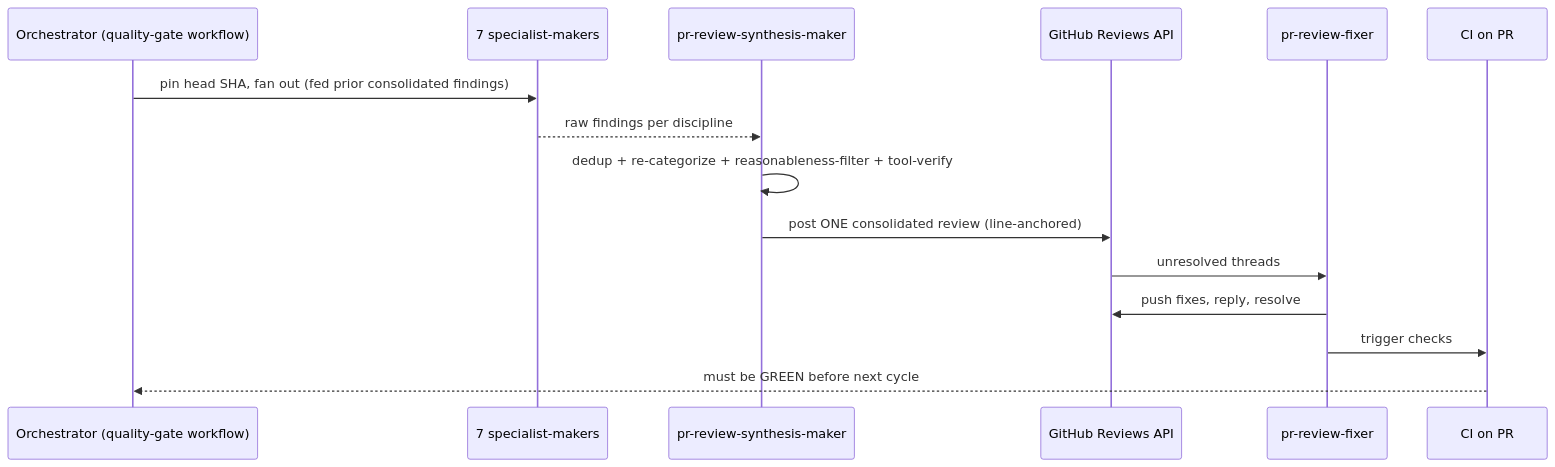
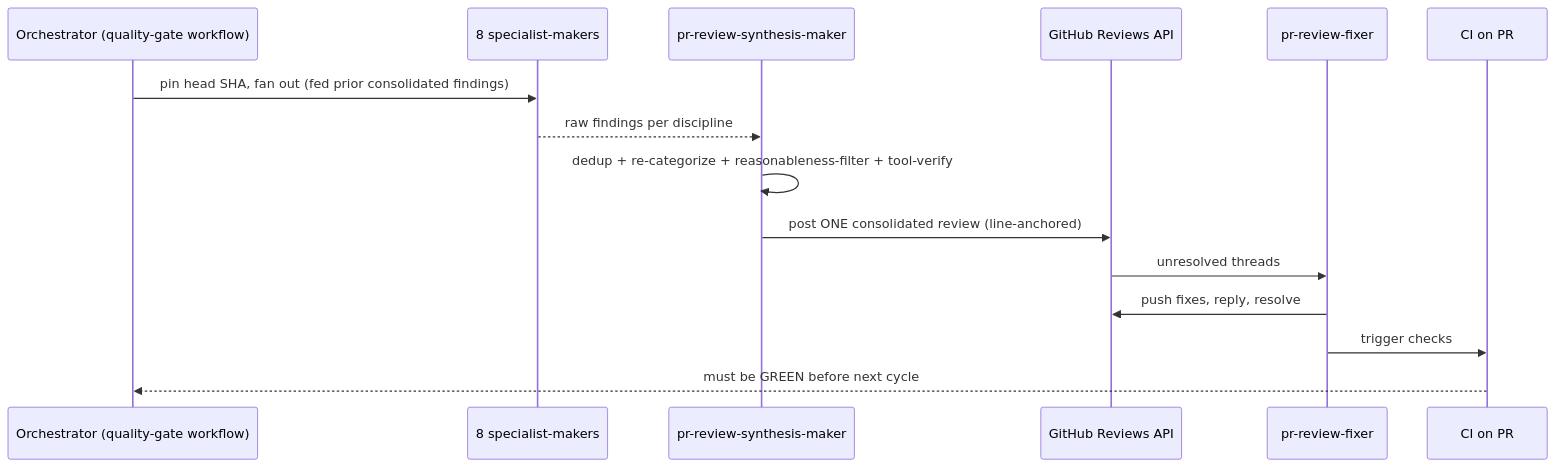
The fourth of 6 diagrams in plans/backlog/worktree-to-pr-hardening/tech-docs.md (wahidyankf/baseerah), drawn with Mermaid before and after one commit. The commit also changed other lines of this file and 4 other files, not shown here.

````diff
--- a/plans/backlog/worktree-to-pr-hardening/tech-docs.md
+++ b/plans/backlog/worktree-to-pr-hardening/tech-docs.md
@@ -112,18 +157,18 @@
 ```mermaid
 sequenceDiagram
   participant O as Orchestrator (quality-gate workflow)
-  participant SP as 7 specialist-makers
+  participant SP as 8 specialist-makers
   participant SY as pr-review-synthesis-maker
   participant GH as GitHub Reviews API
   participant FX as pr-review-fixer
   participant CI as CI on PR
 
   O->>SP: pin head SHA, fan out (fed prior consolidated findings)
   SP-->>SY: raw findings per discipline
   SY->>SY: dedup + re-categorize + reasonableness-filter + tool-verify
   SY->>GH: post ONE consolidated review (line-anchored)
   GH->>FX: unresolved threads
   FX->>GH: push fixes, reply, resolve
   FX->>CI: trigger checks
   CI-->>O: must be GREEN before next cycle
 ```
````
